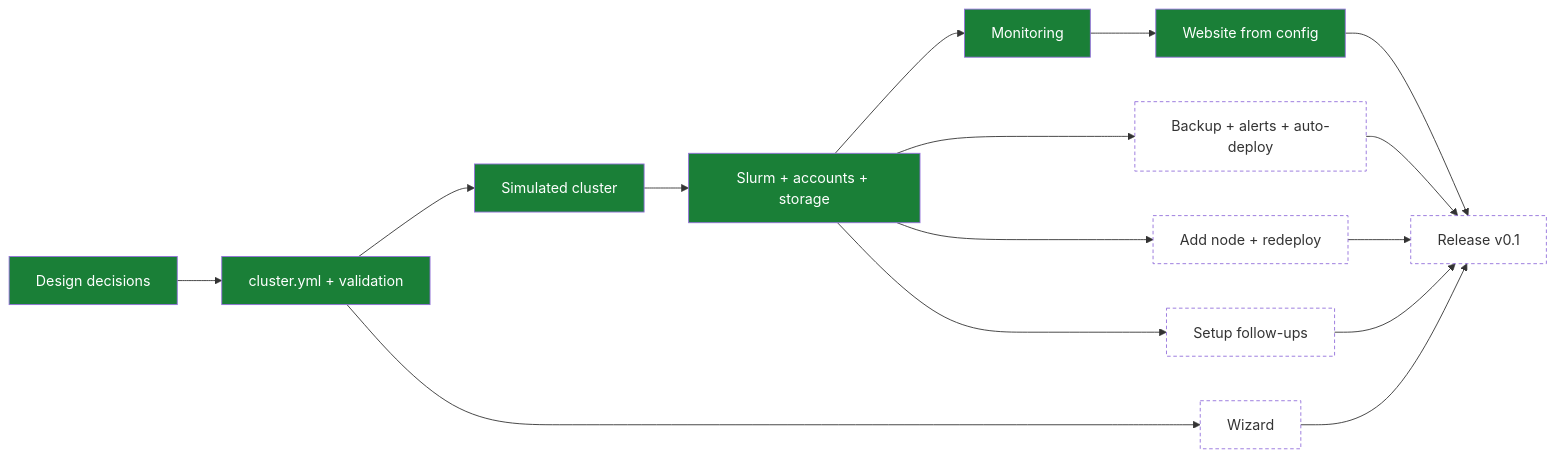
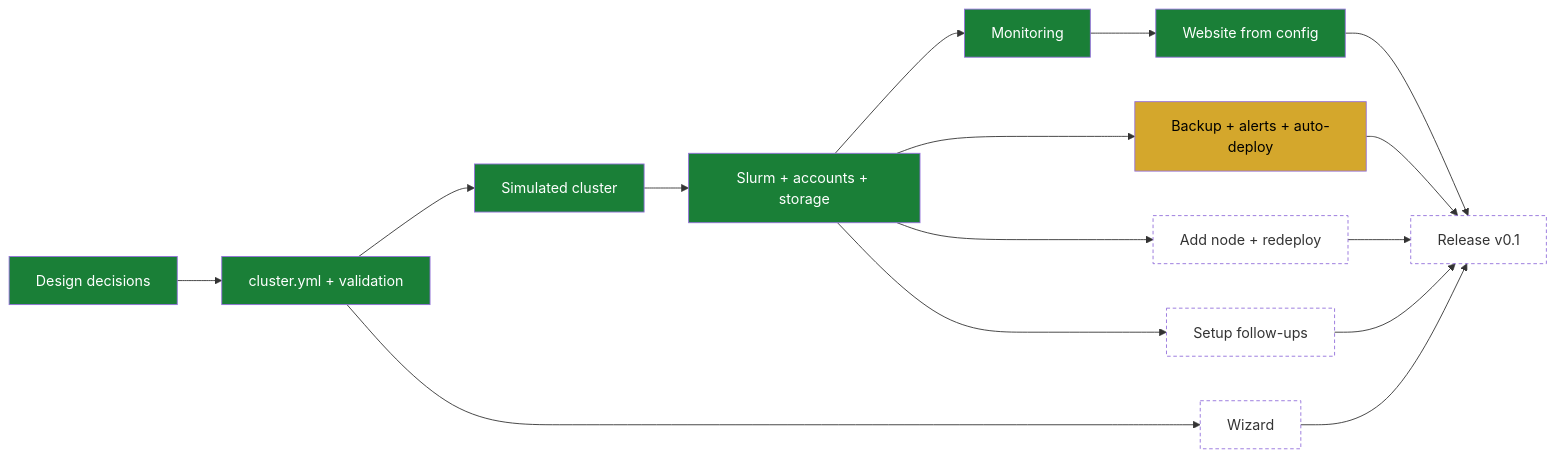
One commit to enajx/nanoHPC changed the diagram in TODO.md. Above: the diagram before and after it, drawn with Mermaid. The commit also changed other lines of this file and 2 other files, not shown here.

First line of the commit message:
Mark backup and Slack alerts done (M6a)

````diff
--- a/TODO.md
+++ b/TODO.md
@@ -11,21 +11,21 @@
 ```mermaid
 flowchart LR
   classDef done fill:#1a7f37,color:#fff
   classDef wip fill:#d4a72c,color:#000
   classDef queued fill:none,stroke-dasharray:4 3
 
   D[Design decisions]:::done --> C[cluster.yml + validation]:::done
   C --> SIM[Simulated cluster]:::done
   SIM --> S[Slurm + accounts + storage]:::done
   S --> M[Monitoring]:::done
   M --> W[Website from config]:::done
-  S --> BK[Backup + alerts + auto-deploy]:::queued
+  S --> BK[Backup + alerts + auto-deploy]:::wip
   C --> WZ[Wizard]:::queued
   S --> N[Add node + redeploy]:::queued
   W --> R[Release v0.1]:::queued
   BK --> R
   WZ --> R
   N --> R
   S --> F[Setup follow-ups]:::queued
   F --> R
 ```
````
